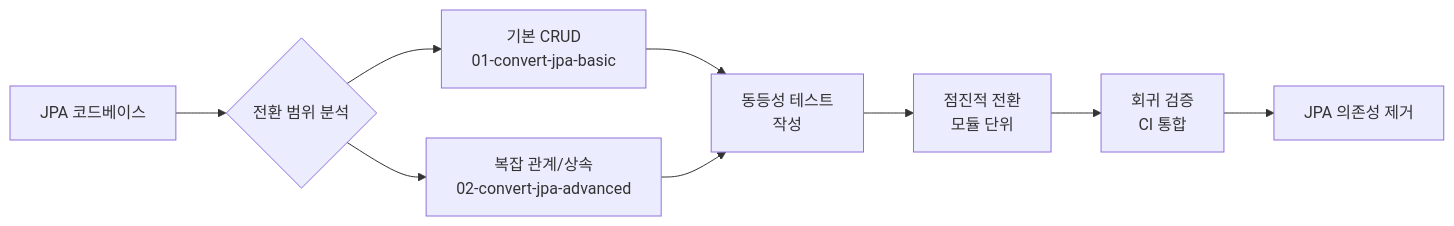
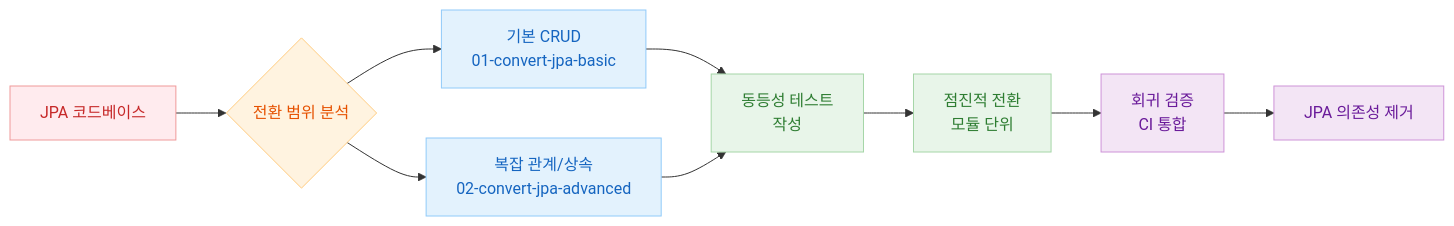
One commit to bluetape4k/exposed-workshop changed the first of 3 diagrams in 07-jpa/README.md. Above: the diagram before and after it, drawn with Mermaid. The commit also changed other lines of this file and 56 other files, not shown here.

First line of the commit message:
docs: 전체 README mermaid 다이어그램에 파스텔 톤 색상 적용

````diff
--- a/07-jpa/README.md
+++ b/07-jpa/README.md
@@ -33,11 +33,23 @@
 ```mermaid
 flowchart LR
     A[JPA 코드베이스] --> B{전환 범위 분석}
     B --> C[기본 CRUD\n01-convert-jpa-basic]
     B --> D[복잡 관계/상속\n02-convert-jpa-advanced]
     C --> E[동등성 테스트\n작성]
     D --> E
     E --> F[점진적 전환\n모듈 단위]
     F --> G[회귀 검증\nCI 통합]
     G --> H[JPA 의존성 제거]
+
+    classDef red fill:#FFEBEE,stroke:#EF9A9A,color:#C62828
+    classDef blue fill:#E3F2FD,stroke:#90CAF9,color:#1565C0
+    classDef green fill:#E8F5E9,stroke:#A5D6A7,color:#2E7D32
+    classDef orange fill:#FFF3E0,stroke:#FFCC80,color:#E65100
+    classDef purple fill:#F3E5F5,stroke:#CE93D8,color:#6A1B9A
+
+    class A red
+    class B orange
+    class C,D blue
+    class E,F green
+    class G,H purple
 ```
````
